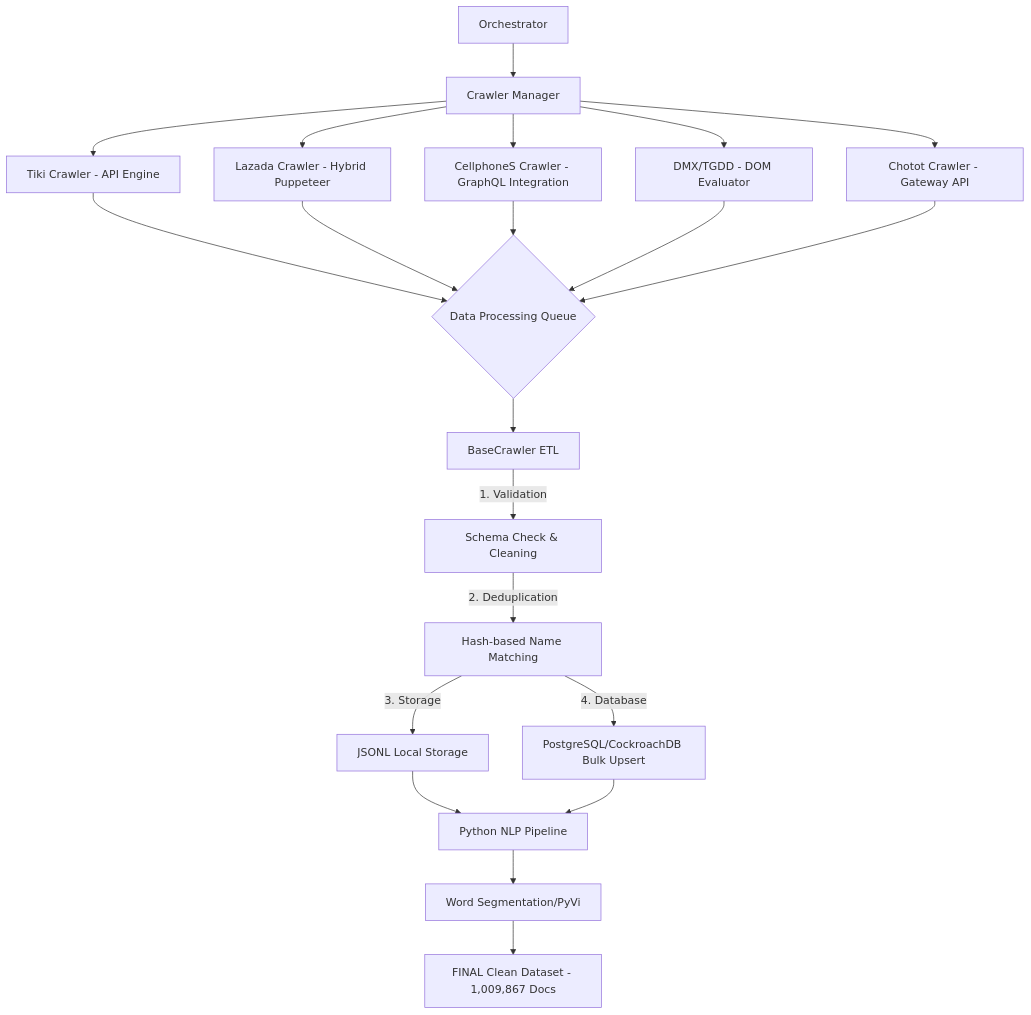
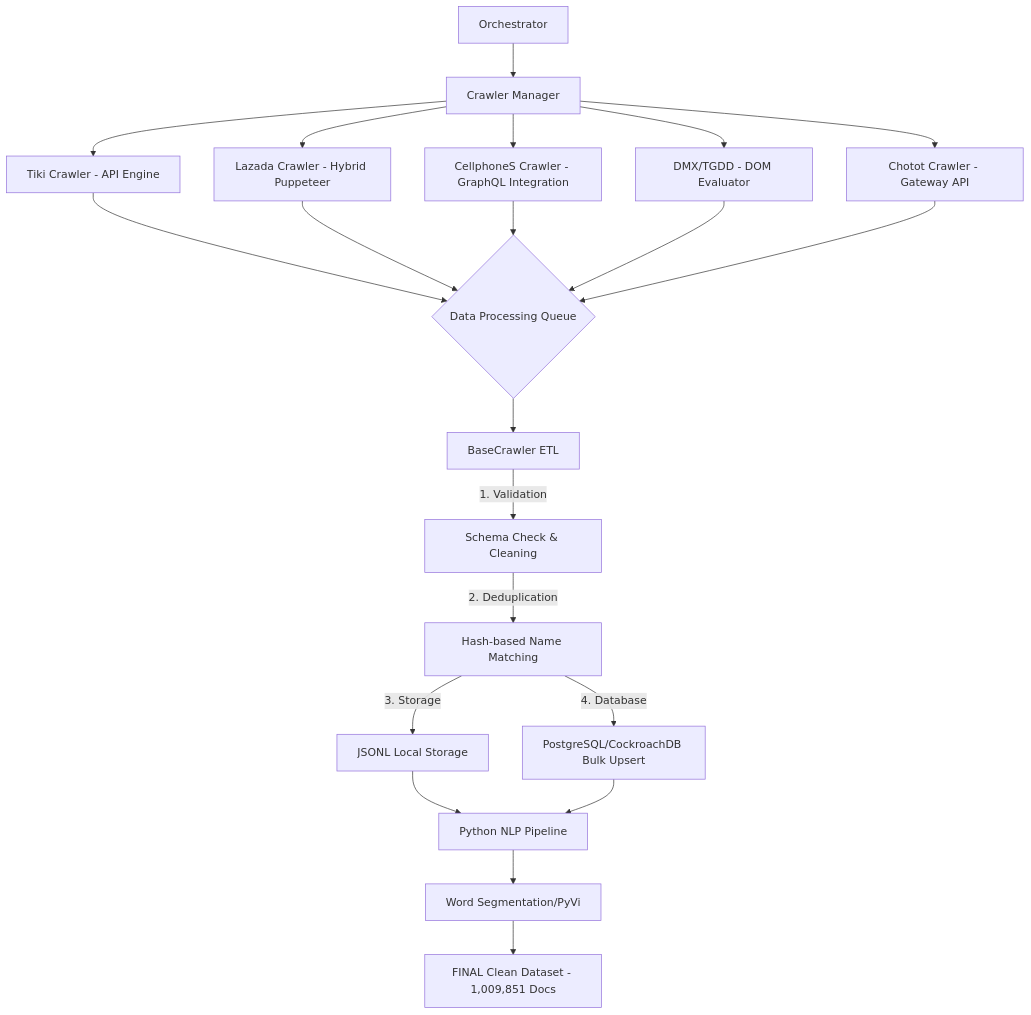
Before and after one commit to nhatlong28/SEG301: the diagram in reports/REPORT_MILESTONE_1.md, drawn with Mermaid. The commit also changed other lines of this file and 2 other files, not shown here.

````diff
--- a/reports/REPORT_MILESTONE_1.md
+++ b/reports/REPORT_MILESTONE_1.md
@@ -22,21 +22,21 @@
 ```mermaid
 graph TD
     A[Orchestrator] --> B[Crawler Manager]
     B --> C1["Tiki Crawler - API Engine"]
     B --> C2["Lazada Crawler - Hybrid Puppeteer"]
     B --> C3["CellphoneS Crawler - GraphQL Integration"]
     B --> C4["DMX/TGDD - DOM Evaluator"]
     B --> C5["Chotot Crawler - Gateway API"]
     
     C1 & C2 & C3 & C4 & C5 --> D{Data Processing Queue}
     D --> E[BaseCrawler ETL]
     
     E -->|1. Validation| F[Schema Check & Cleaning]
     F -->|2. Deduplication| G[Hash-based Name Matching]
     G -->|3. Storage| H[JSONL Local Storage]
     G -->|4. Database| I[PostgreSQL/CockroachDB Bulk Upsert]
     
     H & I --> J[Python NLP Pipeline]
     J --> K["Word Segmentation/PyVi"]
-    K --> L[FINAL Clean Dataset - 1,009,867 Docs]
+    K --> L[FINAL Clean Dataset - 1,009,851 Docs]
 ```
````
